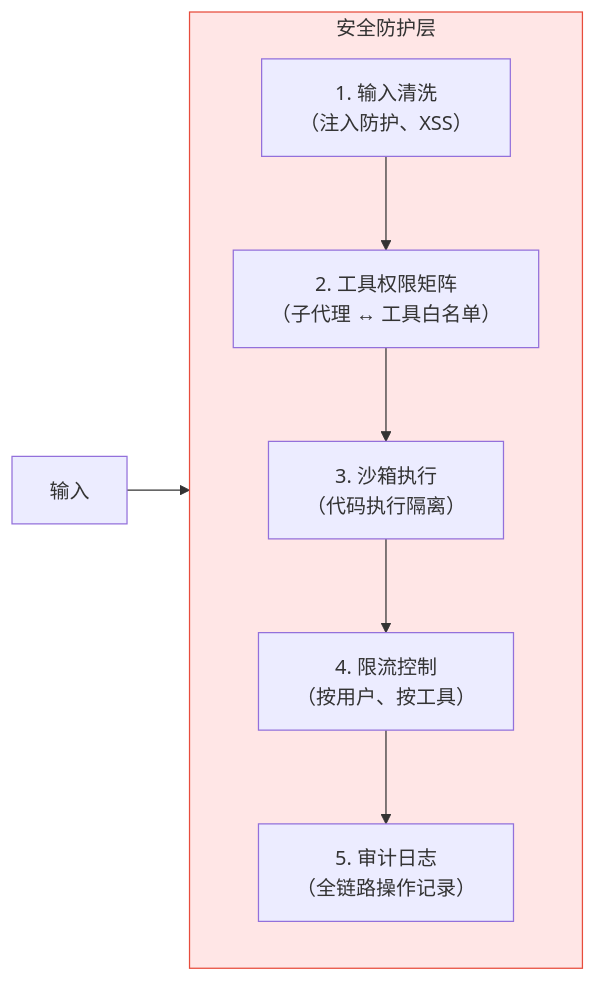
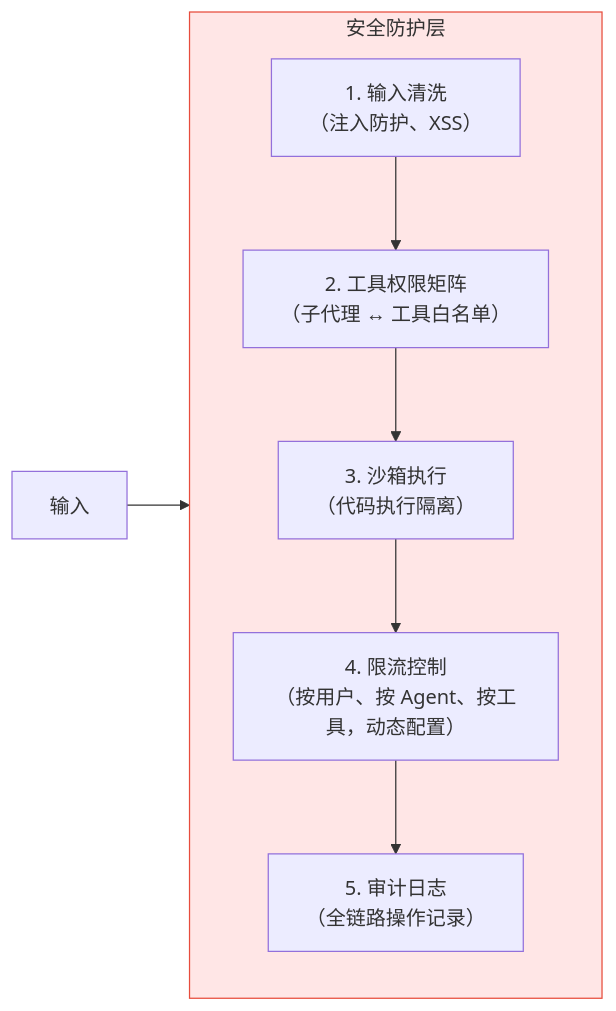
One commit to heelynn/artipivot changed diagram 18 of 19 in doc/DESIGN.md. Above: the diagram before and after it, drawn with Mermaid. The commit also changed other lines of this file and 2 other files, not shown here.

````diff
--- a/doc/DESIGN.md
+++ b/doc/DESIGN.md
@@ -1216,15 +1542,15 @@
 ```mermaid
 flowchart LR
     subgraph Security["安全防护层"]
         direction TB
         L1["1. 输入清洗<br/>（注入防护、XSS）"]
         L2["2. 工具权限矩阵<br/>（子代理 ↔ 工具白名单）"]
         L3["3. 沙箱执行<br/>（代码执行隔离）"]
-        L4["4. 限流控制<br/>（按用户、按工具）"]
+        L4["4. 限流控制<br/>（按用户、按 Agent、按工具，动态配置）"]
         L5["5. 审计日志<br/>（全链路操作记录）"]
     end
 
     Input["输入"] --> L1 --> L2 --> L3 --> L4 --> L5
 
     style Security fill:#FFE6E6,stroke:#E74C3C
 ```
````
